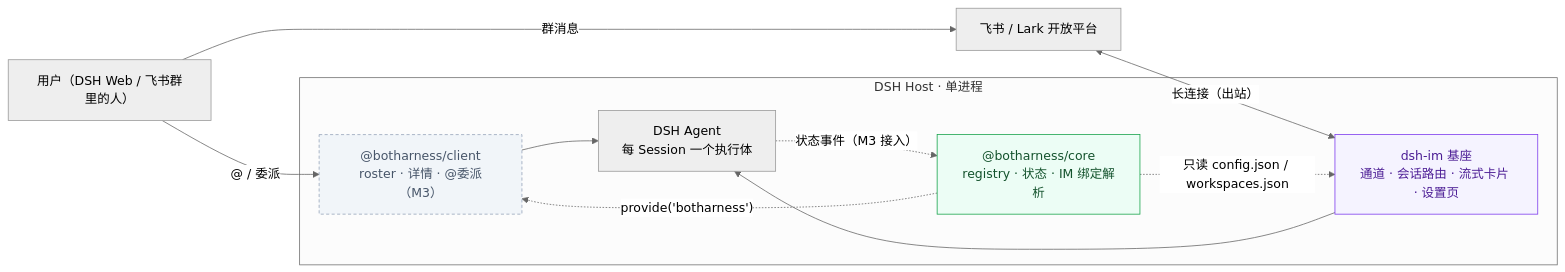
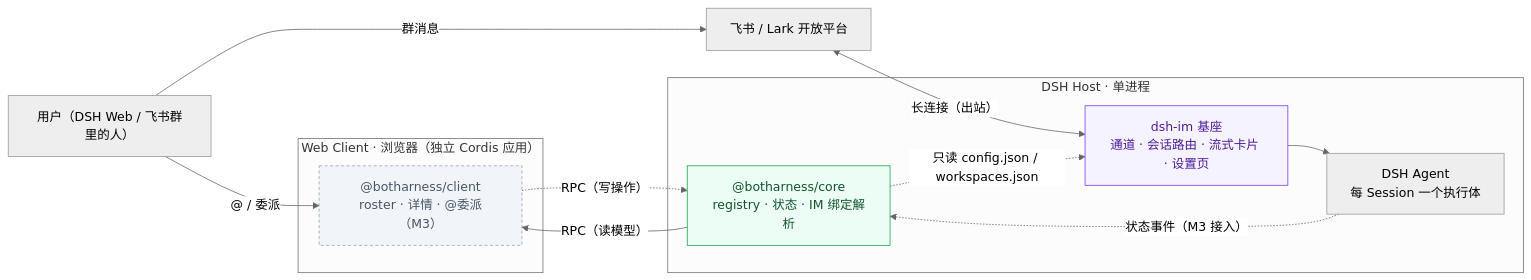
One commit to BotHarness/BotHarness changed the diagram in docs/architecture/diagrams/01-system-context.mmd. Above: the diagram before and after it, drawn with Mermaid (neutral theme). The commit also changed 39 other files, not shown here.

First line of the commit message:
feat(core)!: DSH conformance — apply(ctx, config), manifest fields; client bridge spec

```diff
--- a/docs/architecture/diagrams/01-system-context.mmd
+++ b/docs/architecture/diagrams/01-system-context.mmd
@@ -1,26 +1,29 @@
 flowchart LR
   User["用户（DSH Web / 飞书群里的人）"]
   Feishu["飞书 / Lark 开放平台"]
 
   subgraph Host["DSH Host · 单进程"]
     IM["dsh-im 基座<br/>通道 · 会话路由 · 流式卡片 · 设置页"]
     Core["@botharness/core<br/>registry · 状态 · IM 绑定解析"]
+    Agent["DSH Agent<br/>每 Session 一个执行体"]
+  end
+
+  subgraph Browser["Web Client · 浏览器（独立 Cordis 应用）"]
     Client["@botharness/client<br/>roster · 详情 · @委派（M3）"]
-    Agent["DSH Agent<br/>每 Session 一个执行体"]
   end
 
   User -->|"@ / 委派"| Client
   User -->|"群消息"| Feishu
   Feishu <-->|"长连接（出站）"| IM
   IM --> Agent
-  Client --> Agent
-  Core -.->|"provide('botharness')"| Client
+  Core -->|"RPC（读模型）"| Client
+  Client -.->|"RPC（写操作）"| Core
   Core -.->|"只读 config.json / workspaces.json"| IM
   Agent -.->|"状态事件（M3 接入）"| Core
 
   classDef ours fill:#ecfdf5,stroke:#16a34a,color:#14532d;
   classDef dsh fill:#f5f3ff,stroke:#7c3aed,color:#4c1d95;
   classDef later fill:#f1f5f9,stroke:#94a3b8,color:#475569,stroke-dasharray:4 3;
   class Core ours;
   class IM dsh;
   class Client later;
```
